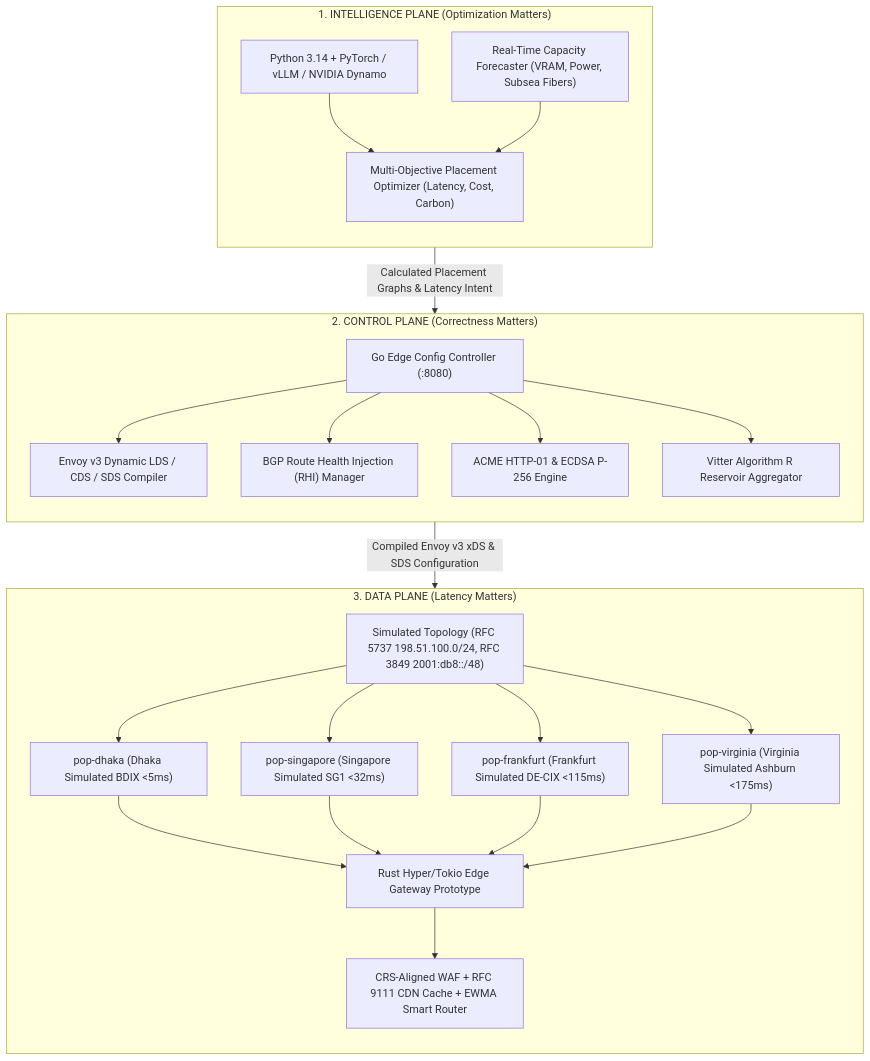
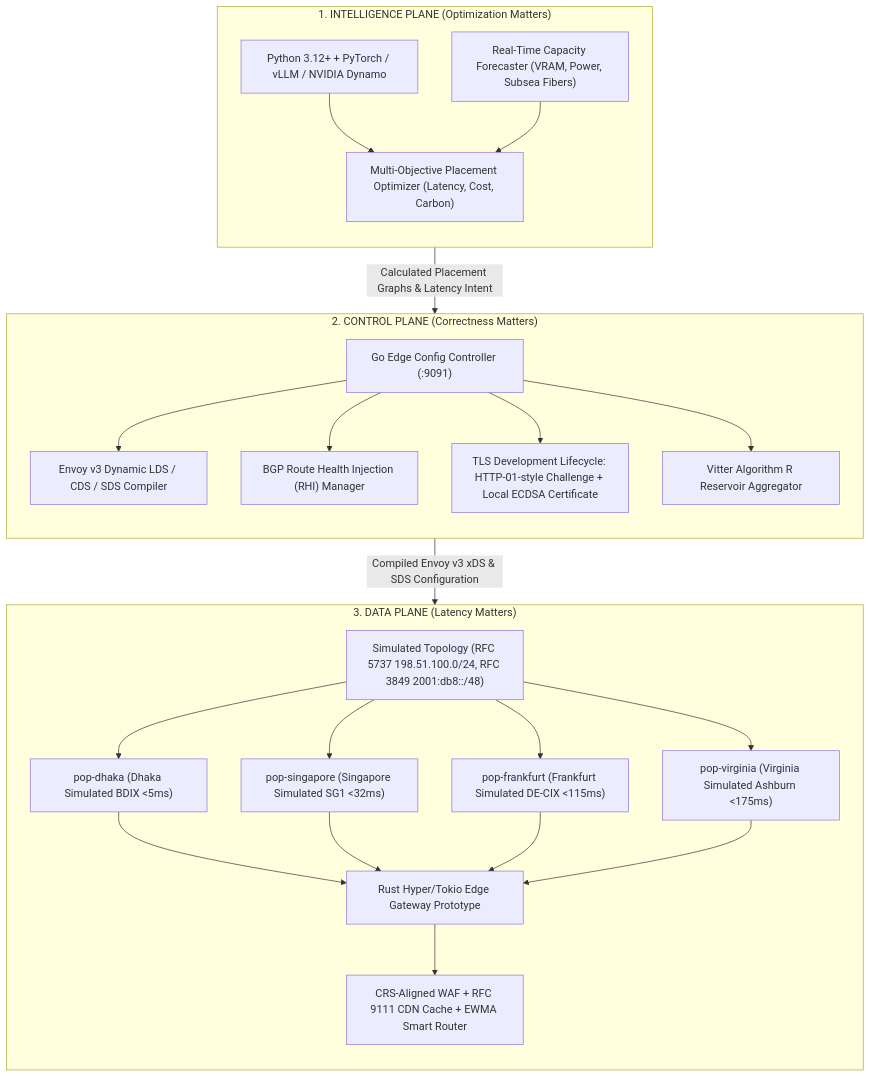
The diagram in README.md (iammahmudhasan/Global-Infrastructure), drawn with Mermaid before and after one commit. The commit also changed other lines of this file and 21 other files, not shown here.

````diff
--- a/README.md
+++ b/README.md
@@ -68,48 +68,48 @@
 ```mermaid
 graph TD
     subgraph IntelligencePlane["1. INTELLIGENCE PLANE (Optimization Matters)"]
         direction TB
-        PyModels["Python 3.14 + PyTorch / vLLM / NVIDIA Dynamo"]
+        PyModels["Python 3.12+ + PyTorch / vLLM / NVIDIA Dynamo"]
         CapacityEngine["Real-Time Capacity Forecaster (VRAM, Power, Subsea Fibers)"]
         WorkloadOptimizer["Multi-Objective Placement Optimizer (Latency, Cost, Carbon)"]
         PyModels --> WorkloadOptimizer
         CapacityEngine --> WorkloadOptimizer
     end
 
     subgraph ControlPlane["2. CONTROL PLANE (Correctness Matters)"]
         direction TB
-        EdgeController["Go Edge Config Controller (:8080)"]
+        EdgeController["Go Edge Config Controller (:9091)"]
         Compiler["Envoy v3 Dynamic LDS / CDS / SDS Compiler"]
         AnycastManager["BGP Route Health Injection (RHI) Manager"]
-        CertManager["ACME HTTP-01 & ECDSA P-256 Engine"]
+        CertManager["TLS Development Lifecycle: HTTP-01-style Challenge + Local ECDSA Certificate"]
         AnalyticsStore["Vitter Algorithm R Reservoir Aggregator"]
         EdgeController --> Compiler
         EdgeController --> AnycastManager
         EdgeController --> CertManager
         EdgeController --> AnalyticsStore
     end
 
     subgraph DataPlane["3. DATA PLANE (Latency Matters)"]
         direction TB
         AnycastBGP["Simulated Topology (RFC 5737 198.51.100.0/24, RFC 3849 2001:db8::/48)"]
         PoPDhaka["pop-dhaka (Dhaka Simulated BDIX <5ms)"]
         PoPSG["pop-singapore (Singapore Simulated SG1 <32ms)"]
         PoPFRA["pop-frankfurt (Frankfurt Simulated DE-CIX <115ms)"]
         PoPIAD["pop-virginia (Virginia Simulated Ashburn <175ms)"]
         RustGateway["Rust Hyper/Tokio Edge Gateway Prototype"]
         FastPathEngine["CRS-Aligned WAF + RFC 9111 CDN Cache + EWMA Smart Router"]
         
         AnycastBGP --> PoPDhaka
         AnycastBGP --> PoPSG
         AnycastBGP --> PoPFRA
         AnycastBGP --> PoPIAD
         PoPDhaka --> RustGateway
         PoPSG --> RustGateway
         PoPFRA --> RustGateway
         PoPIAD --> RustGateway
         RustGateway --> FastPathEngine
     end
 
     IntelligencePlane -->|Calculated Placement Graphs & Latency Intent| ControlPlane
     ControlPlane -->|Compiled Envoy v3 xDS & SDS Configuration| DataPlane
 ```
````
